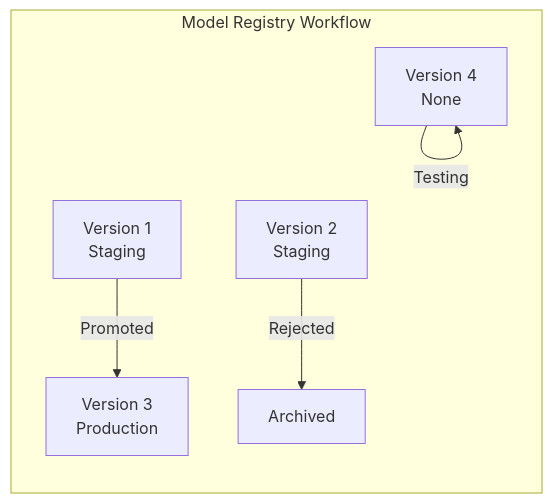
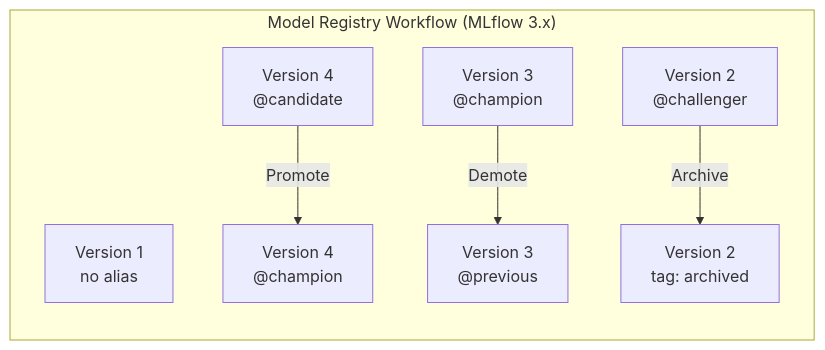
One commit to Mirantis-PS/k0rdent-ai-training changed the sixth of 9 diagrams in curriculum/week-5-ai-workloads/theory/5.5-ml-platforms.md. Above: the diagram before and after it, drawn with Mermaid. The commit also changed other lines of this file and 66 other files, not shown here.

````diff
--- a/curriculum/week-5-ai-workloads/theory/5.5-ml-platforms.md
+++ b/curriculum/week-5-ai-workloads/theory/5.5-ml-platforms.md
@@ -362,13 +393,13 @@
 ```mermaid
 flowchart LR
-    subgraph "Model Registry Workflow"
-        V1[Version 1<br/>Staging]
-        V2[Version 2<br/>Staging]
-        V3[Version 3<br/>Production]
-        V4[Version 4<br/>None]
+    subgraph "Model Registry Workflow (MLflow 3.x)"
+        V1[Version 1<br/>no alias]
+        V2[Version 2<br/>@challenger]
+        V3[Version 3<br/>@champion]
+        V4[Version 4<br/>@candidate]
 
-        V1 -->|Promoted| V3
-        V2 -->|Rejected| ARCH[Archived]
-        V4 -->|Testing| V4
+        V4 -->|Promote| V4_P["Version 4<br/>@champion"]
+        V3 -->|Demote| V3_D["Version 3<br/>@previous"]
+        V2 -->|Archive| V2_A["Version 2<br/>tag: archived"]
     end
 ```
````
